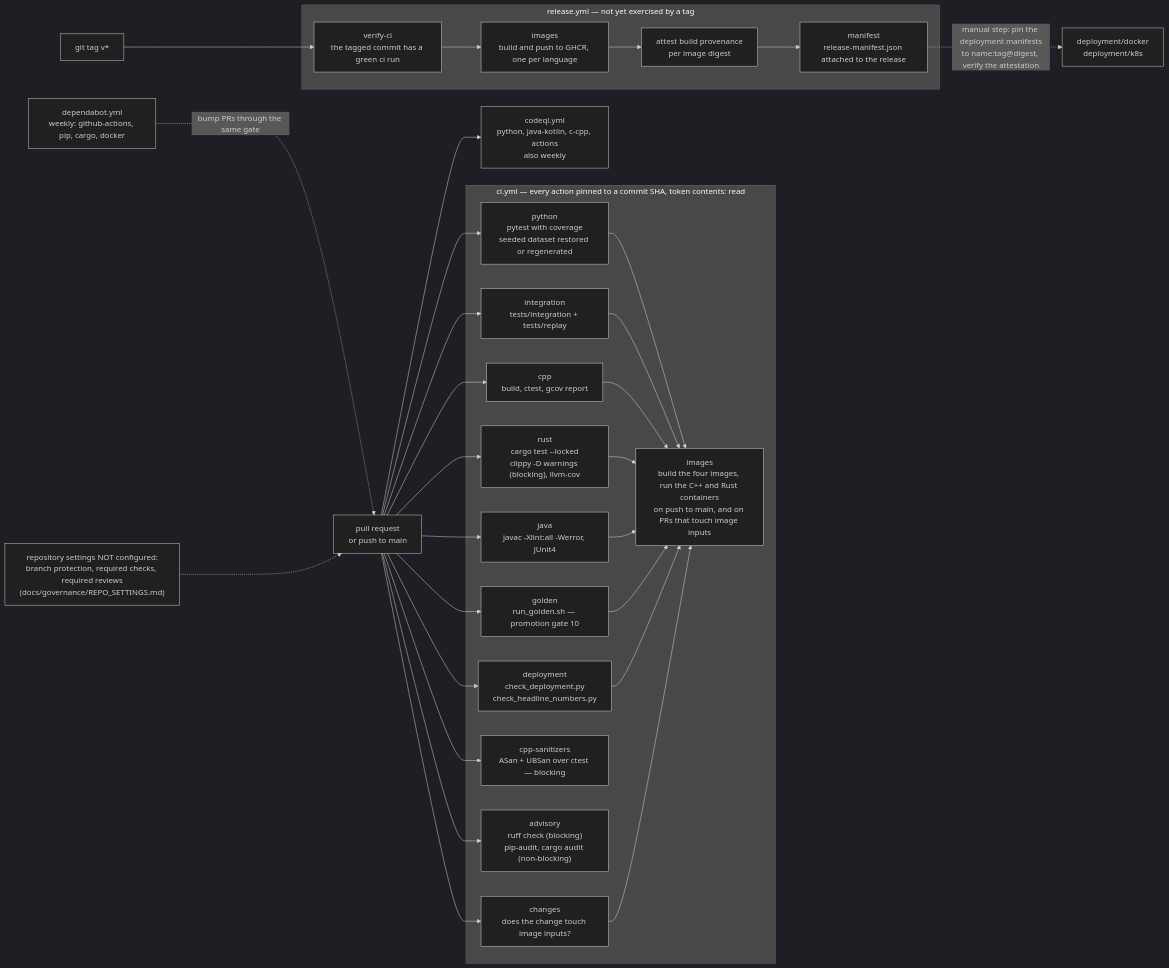
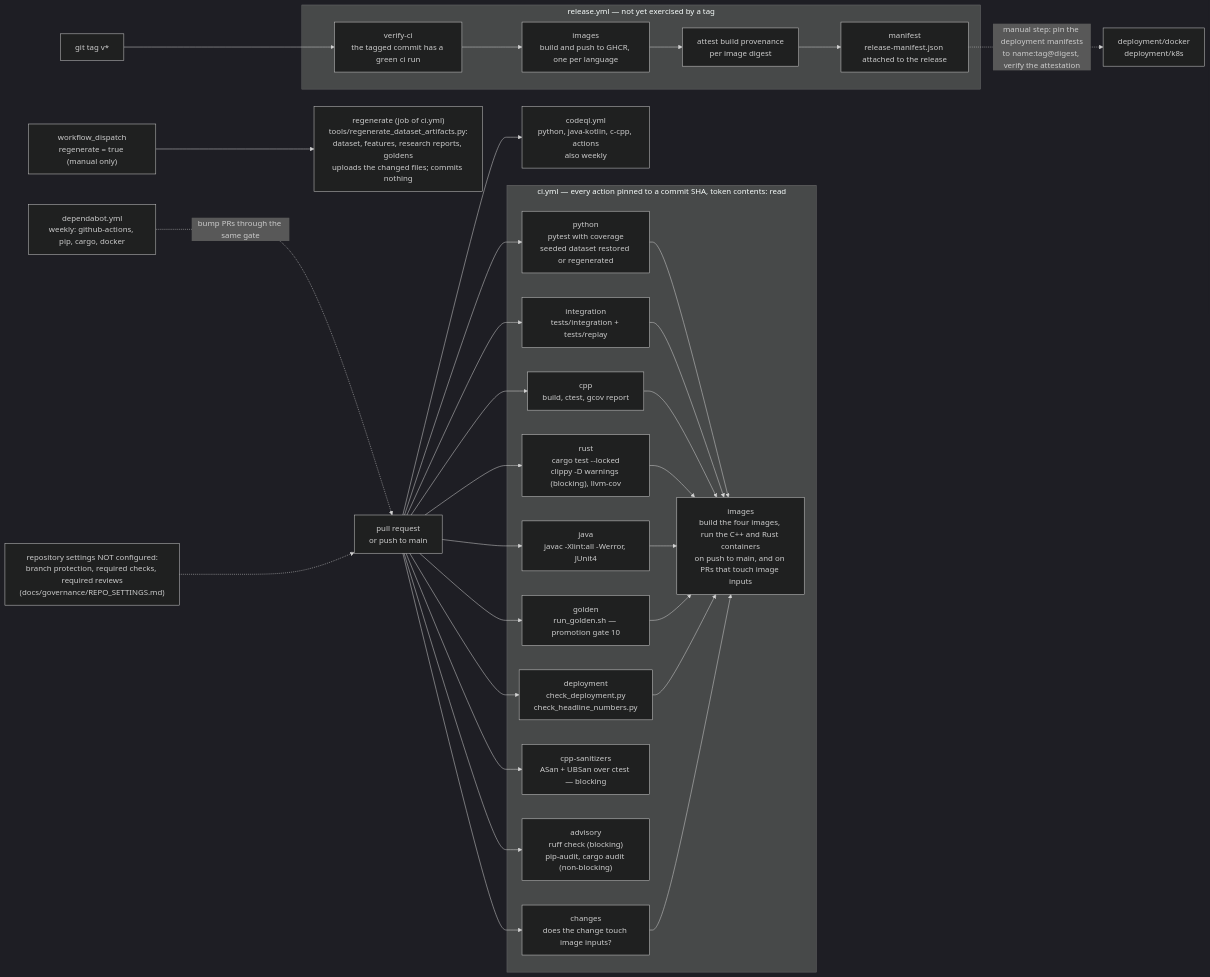
The diagram in docs/diagrams/ci_release_pipeline.mmd (AshJha0/intraday-alpha-platform), drawn with Mermaid (dark theme) before and after one commit. The commit also changed 47 other files, not shown here.

```diff
--- a/docs/diagrams/ci_release_pipeline.mmd
+++ b/docs/diagrams/ci_release_pipeline.mmd
@@ -1,47 +1,48 @@
 flowchart LR
-    %% .github/workflows/{ci,codeql,release}.yml and dependabot.yml as of v1.3.0.
+    %% .github/workflows/{ci,codeql,release}.yml and dependabot.yml as of v1.4.0.
     PR["pull request<br/>or push to main"] --> PY
     PR --> INT
     PR --> CPP
     PR --> RS
     PR --> JV
     PR --> GOLD
     PR --> DEP
     PR --> ASAN
     PR --> ADV
     PR --> CHG
     subgraph CI["ci.yml — every action pinned to a commit SHA, token contents: read"]
         PY["python<br/>pytest with coverage<br/>seeded dataset restored or regenerated"]
         INT["integration<br/>tests/integration + tests/replay"]
         CPP["cpp<br/>build, ctest, gcov report"]
         RS["rust<br/>cargo test --locked<br/>clippy -D warnings (blocking), llvm-cov"]
         JV["java<br/>javac -Xlint:all -Werror, JUnit4"]
         GOLD["golden<br/>run_golden.sh — promotion gate 10"]
         DEP["deployment<br/>check_deployment.py<br/>check_headline_numbers.py"]
         ASAN["cpp-sanitizers<br/>ASan + UBSan over ctest — blocking"]
         ADV["advisory<br/>ruff check (blocking)<br/>pip-audit, cargo audit (non-blocking)"]
         CHG["changes<br/>does the change touch image inputs?"]
         IMG["images<br/>build the four images, run the C++ and Rust containers<br/>on push to main, and on PRs that touch image inputs"]
     end
     PY --> IMG
     INT --> IMG
     CPP --> IMG
     RS --> IMG
     JV --> IMG
     GOLD --> IMG
     DEP --> IMG
     CHG --> IMG
+    DISP["workflow_dispatch<br/>regenerate = true (manual only)"] --> REGEN["regenerate (job of ci.yml)<br/>tools/regenerate_dataset_artifacts.py:<br/>dataset, features, research reports, goldens<br/>uploads the changed files; commits nothing"]
     PR --> CQL["codeql.yml<br/>python, java-kotlin, c-cpp, actions<br/>also weekly"]
     DB["dependabot.yml<br/>weekly: github-actions, pip, cargo, docker"] -.->|"bump PRs through the same gate"| PR
     TAG["git tag v*"] --> VER
     subgraph REL["release.yml — not yet exercised by a tag"]
         VER["verify-ci<br/>the tagged commit has a green ci run"]
         BLD["images<br/>build and push to GHCR, one per language"]
         ATT["attest build provenance<br/>per image digest"]
         MAN["manifest<br/>release-manifest.json attached to the release"]
         VER --> BLD
         BLD --> ATT
         ATT --> MAN
     end
     MAN -.->|"manual step: pin the deployment manifests<br/>to name:tag@digest, verify the attestation"| DEPLOY["deployment/docker<br/>deployment/k8s"]
     NOTE["repository settings NOT configured:<br/>branch protection, required checks, required reviews<br/>(docs/governance/REPO_SETTINGS.md)"] -.-> PR
```
